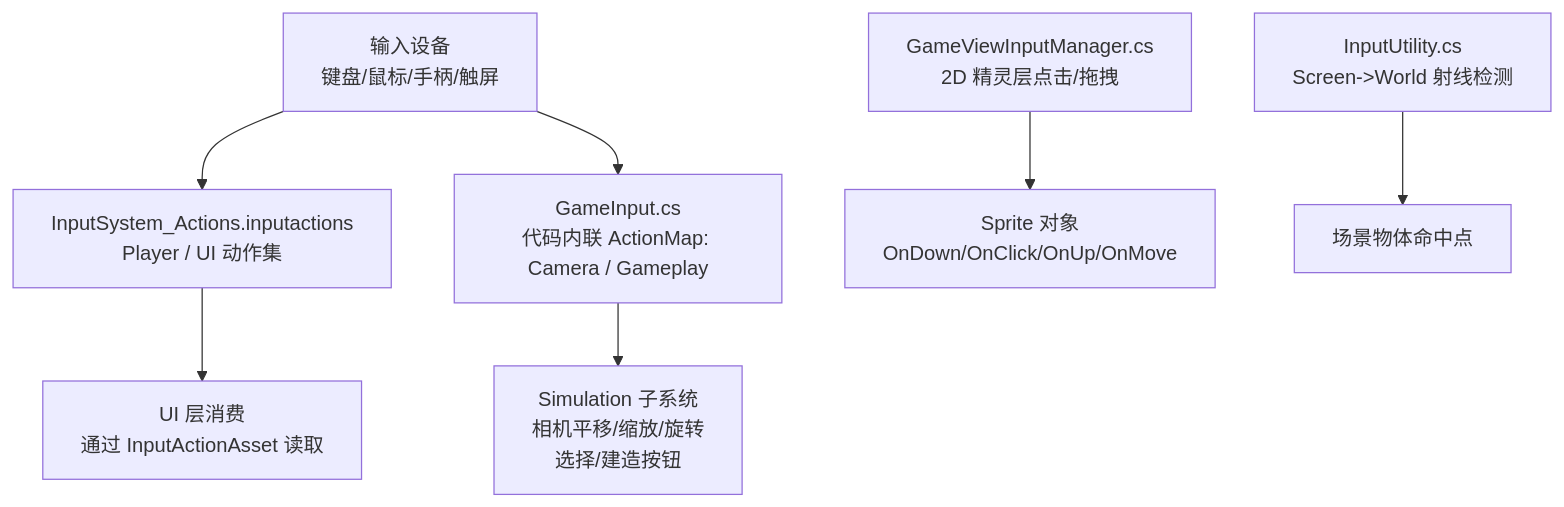
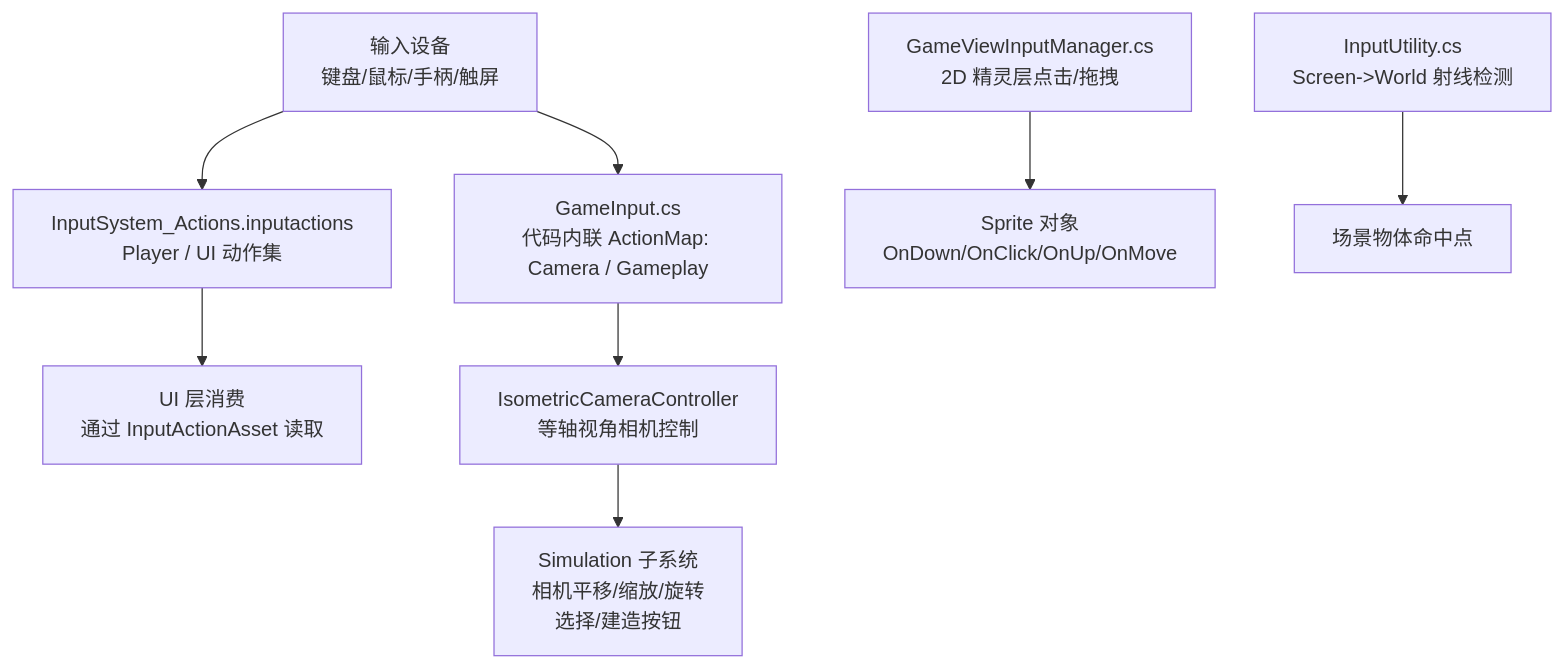
The first of 8 diagrams in .qoder/repowiki/zh/content/核心系统/游戏输入系统.md (MOYVSH/SimulationClient), drawn with Mermaid before and after one commit. The commit also changed other lines of this file and 61 other files, not shown here.

````diff
--- a/.qoder/repowiki/zh/content/核心系统/游戏输入系统.md
+++ b/.qoder/repowiki/zh/content/核心系统/游戏输入系统.md
@@ -39,9 +50,10 @@
 ```mermaid
 graph TB
 A["输入设备<br/>键盘/鼠标/手柄/触屏"] --> B["InputSystem_Actions.inputactions<br/>Player / UI 动作集"]
 A --> C["GameInput.cs<br/>代码内联 ActionMap: Camera / Gameplay"]
 B --> D["UI 层消费<br/>通过 InputActionAsset 读取"]
-C --> E["Simulation 子系统<br/>相机平移/缩放/旋转<br/>选择/建造按钮"]
-F["GameViewInputManager.cs<br/>2D 精灵层点击/拖拽"] --> G["Sprite 对象<br/>OnDown/OnClick/OnUp/OnMove"]
-H["InputUtility.cs<br/>Screen->World 射线检测"] --> I["场景物体命中点"]
+C --> E["IsometricCameraController<br/>等轴视角相机控制"]
+E --> F["Simulation 子系统<br/>相机平移/缩放/旋转<br/>选择/建造按钮"]
+G["GameViewInputManager.cs<br/>2D 精灵层点击/拖拽"] --> H["Sprite 对象<br/>OnDown/OnClick/OnUp/OnMove"]
+I["InputUtility.cs<br/>Screen->World 射线检测"] --> J["场景物体命中点"]
 ```
````
